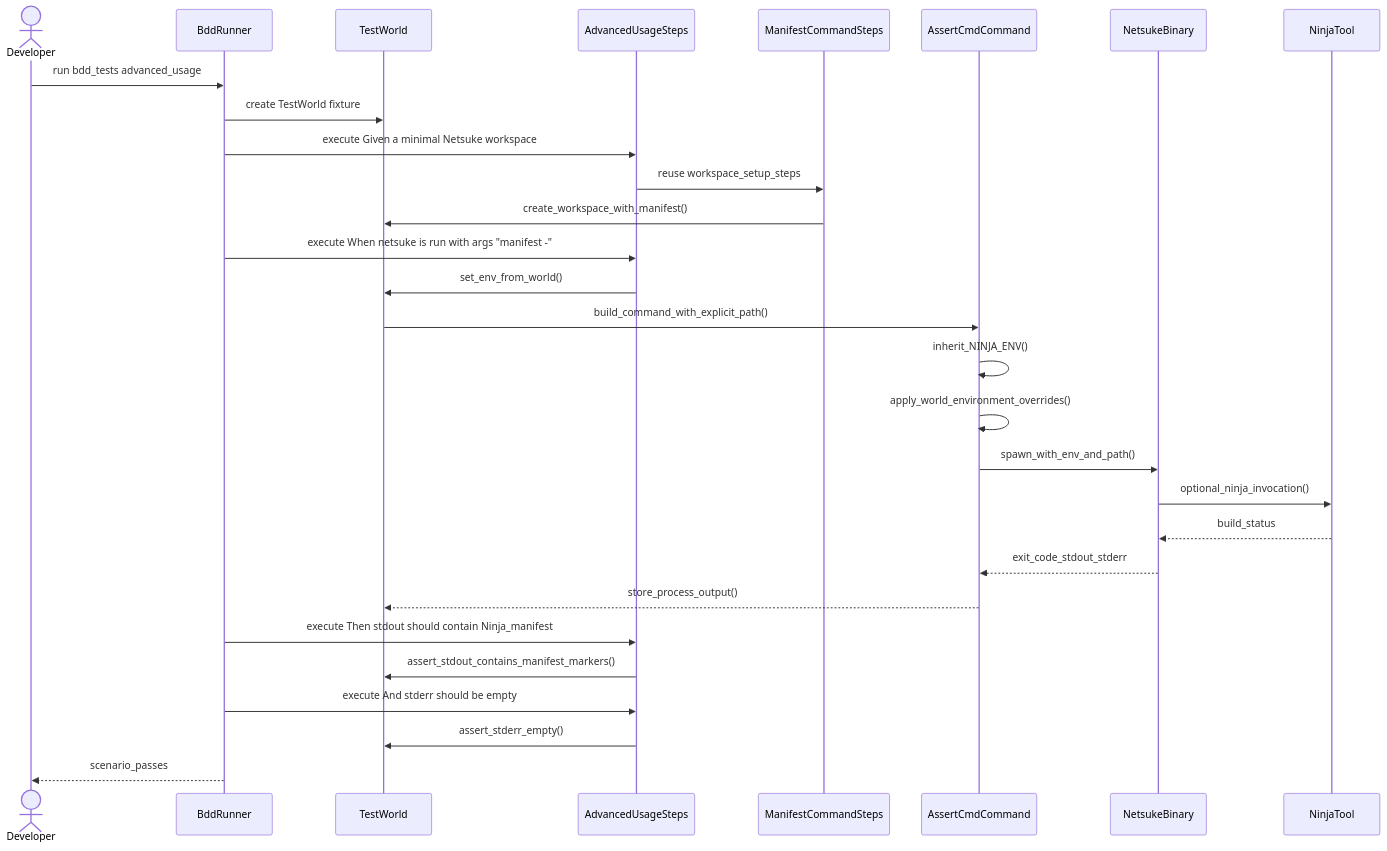
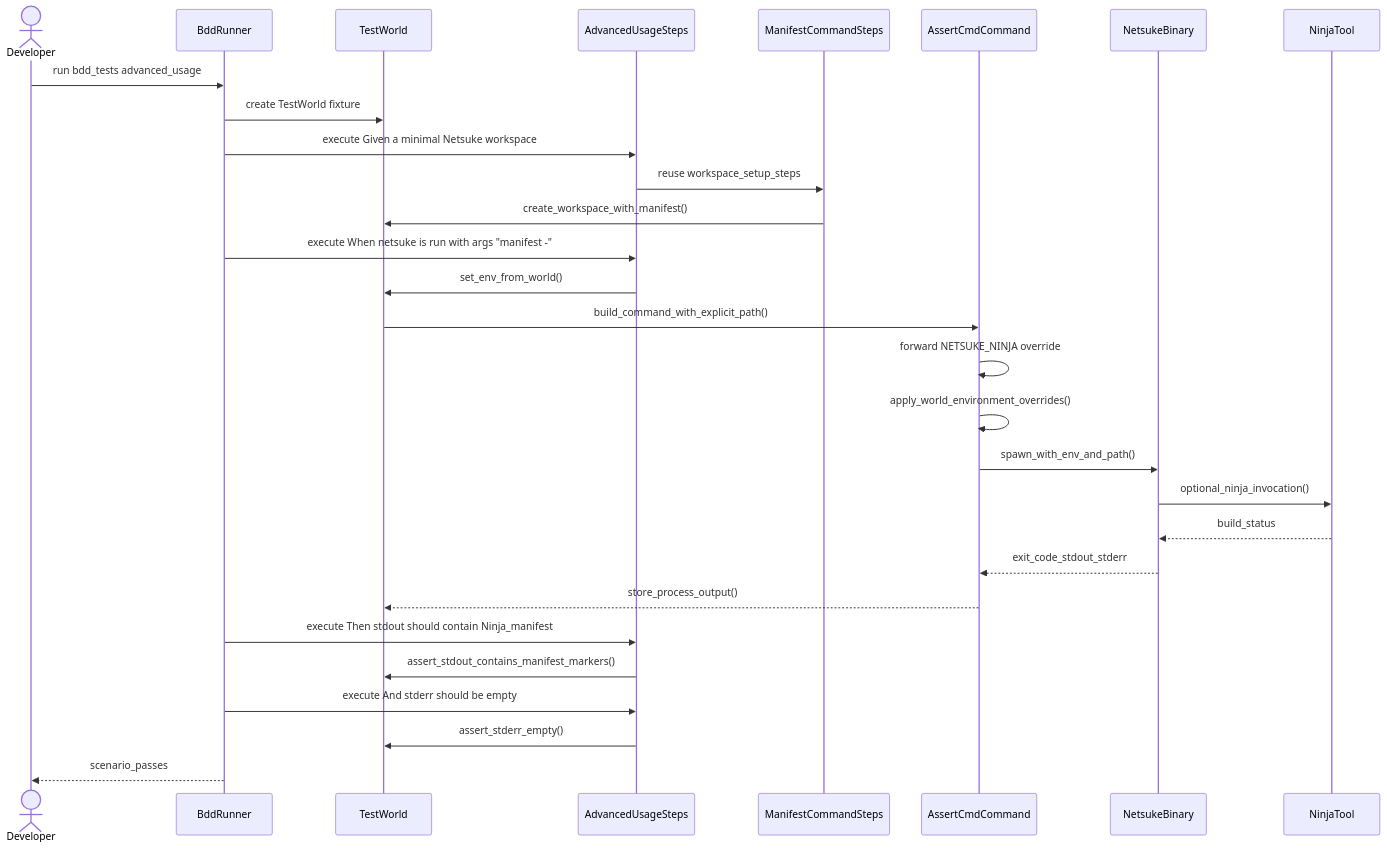
The diagram in docs/developers-guide.md (leynos/netsuke), drawn with Mermaid before and after one commit. The commit also changed other lines of this file and 11 other files, not shown here.

First line of the commit message:
Document Ninja executable override (#83) (#323)

````diff
--- a/docs/developers-guide.md
+++ b/docs/developers-guide.md
@@ -1006,37 +1006,37 @@
 ```mermaid
 sequenceDiagram
     actor Developer
     participant BddRunner
     participant TestWorld
     participant AdvancedUsageSteps
     participant ManifestCommandSteps
     participant AssertCmdCommand
     participant NetsukeBinary
     participant NinjaTool
 
     Developer->>BddRunner: run bdd_tests advanced_usage
     BddRunner->>TestWorld: create TestWorld fixture
 
     BddRunner->>AdvancedUsageSteps: execute Given a minimal Netsuke workspace
     AdvancedUsageSteps->>ManifestCommandSteps: reuse workspace_setup_steps
     ManifestCommandSteps->>TestWorld: create_workspace_with_manifest()
 
     BddRunner->>AdvancedUsageSteps: execute When netsuke is run with args "manifest -"
     AdvancedUsageSteps->>TestWorld: set_env_from_world()
     TestWorld->>AssertCmdCommand: build_command_with_explicit_path()
-    AssertCmdCommand->>AssertCmdCommand: inherit_NINJA_ENV()
+    AssertCmdCommand->>AssertCmdCommand: forward NETSUKE_NINJA override
     AssertCmdCommand->>AssertCmdCommand: apply_world_environment_overrides()
     AssertCmdCommand->>NetsukeBinary: spawn_with_env_and_path()
     NetsukeBinary->>NinjaTool: optional_ninja_invocation()
     NinjaTool-->>NetsukeBinary: build_status
     NetsukeBinary-->>AssertCmdCommand: exit_code_stdout_stderr
     AssertCmdCommand-->>TestWorld: store_process_output()
 
     BddRunner->>AdvancedUsageSteps: execute Then stdout should contain Ninja_manifest
     AdvancedUsageSteps->>TestWorld: assert_stdout_contains_manifest_markers()
 
     BddRunner->>AdvancedUsageSteps: execute And stderr should be empty
     AdvancedUsageSteps->>TestWorld: assert_stderr_empty()
 
     BddRunner-->>Developer: scenario_passes
 ```
````
